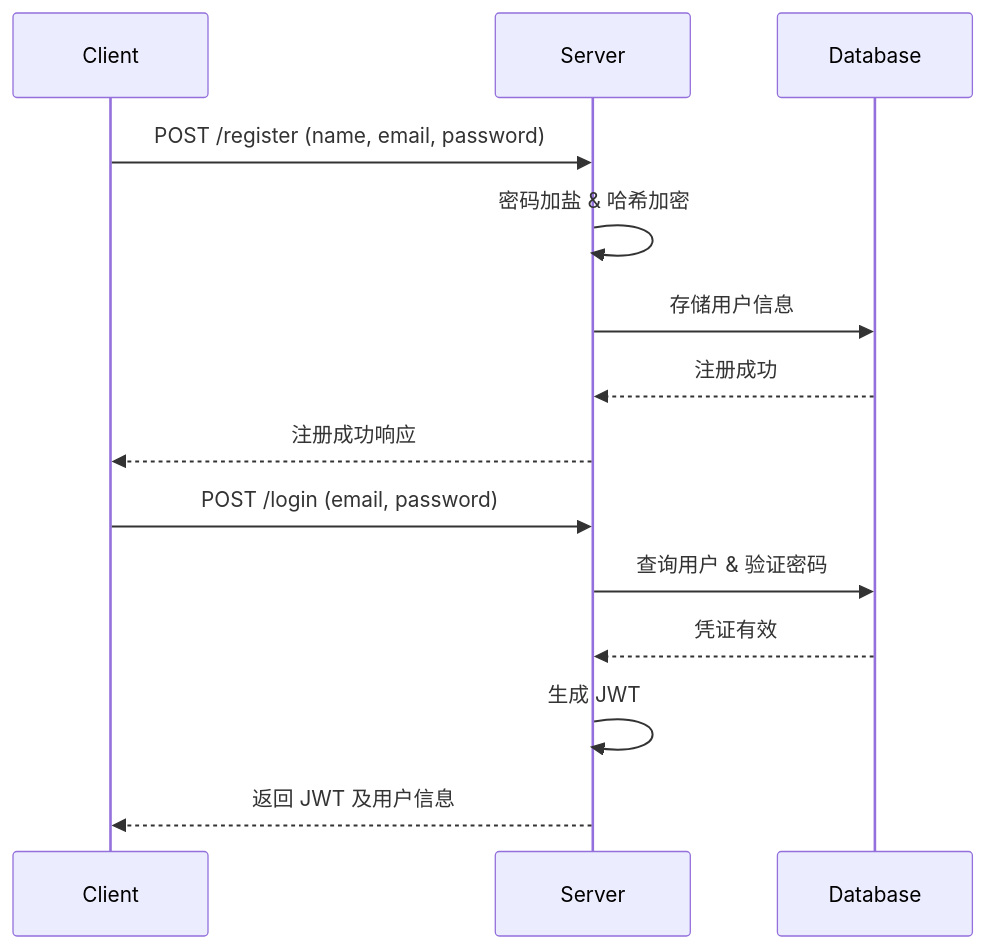
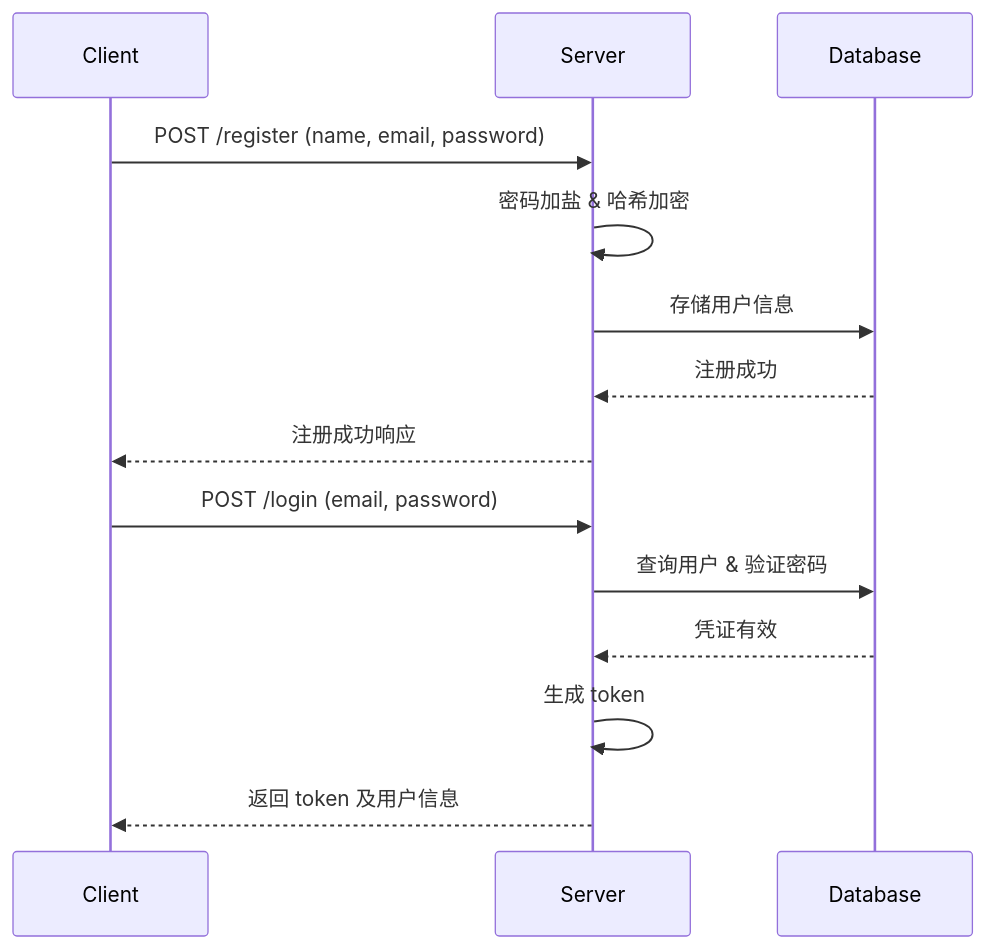
One commit to Sereinxm/book-manger changed the second of 7 diagrams in README.md. Above: the diagram before and after it, drawn with Mermaid. The commit also changed other lines of this file, not shown here.

````diff
--- a/README.md
+++ b/README.md
@@ -442,18 +441,18 @@
 ```mermaid
 sequenceDiagram
     participant C as Client
     participant S as Server
     participant DB as Database
 
     C->>S: POST /register (name, email, password)
     S->>S: 密码加盐 & 哈希加密
     S->>DB: 存储用户信息
     DB-->>S: 注册成功
     S-->>C: 注册成功响应
 
     C->>S: POST /login (email, password)
     S->>DB: 查询用户 & 验证密码
     DB-->>S: 凭证有效
-    S->>S: 生成 JWT
-    S-->>C: 返回 JWT 及用户信息
+    S->>S: 生成 token
+    S-->>C: 返回 token 及用户信息
 ```
````
